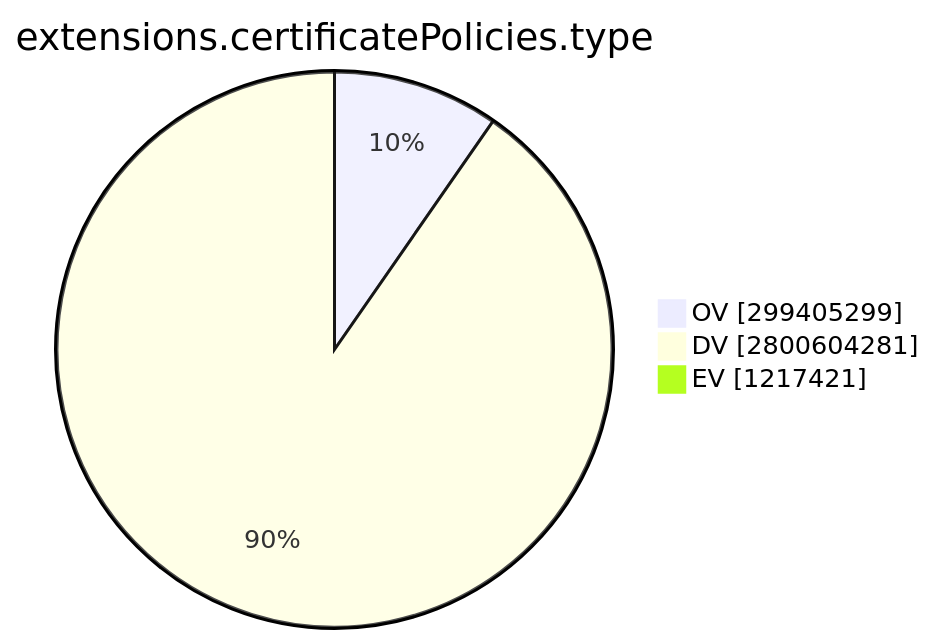
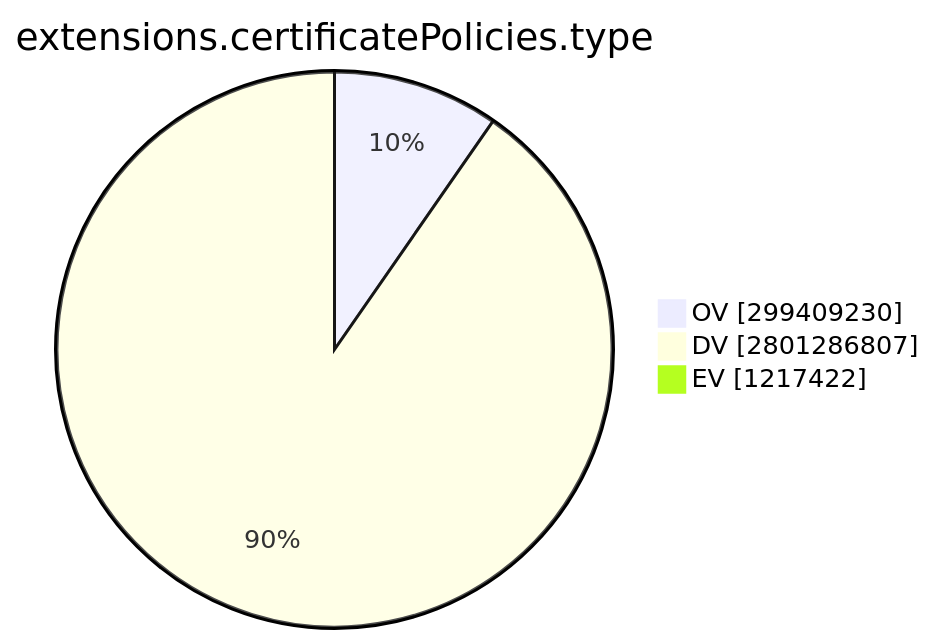
Before and after one commit to christiankrug/ctmonitor_visualization: the ninth of 15 diagrams in TOTAL/README.md, drawn with Mermaid. The commit also changed other lines of this file, not shown here.

````diff
--- a/TOTAL/README.md
+++ b/TOTAL/README.md
@@ -3101,7 +3101,7 @@
 ```mermaid
 pie showData
 title extensions.certificatePolicies.type
-"OV" :299405299
-"DV" :2800604281
-"EV" :1217421
+"OV" :299409230
+"DV" :2801286807
+"EV" :1217422
 ```
````
